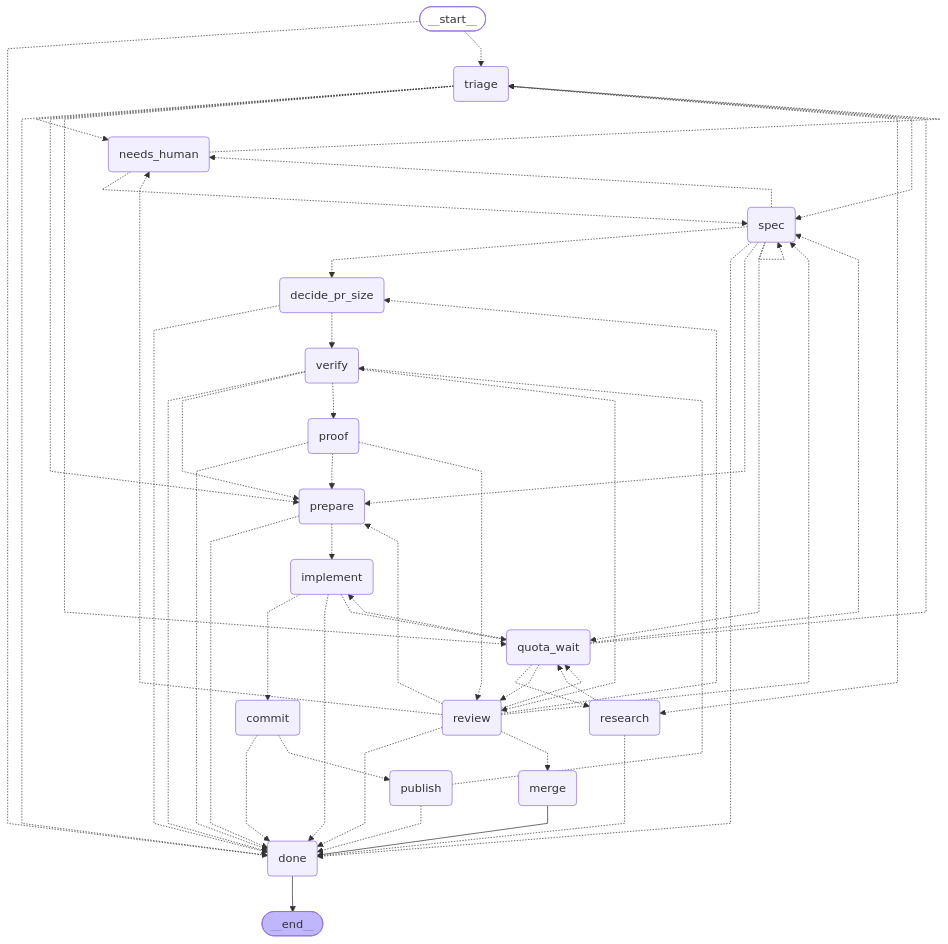
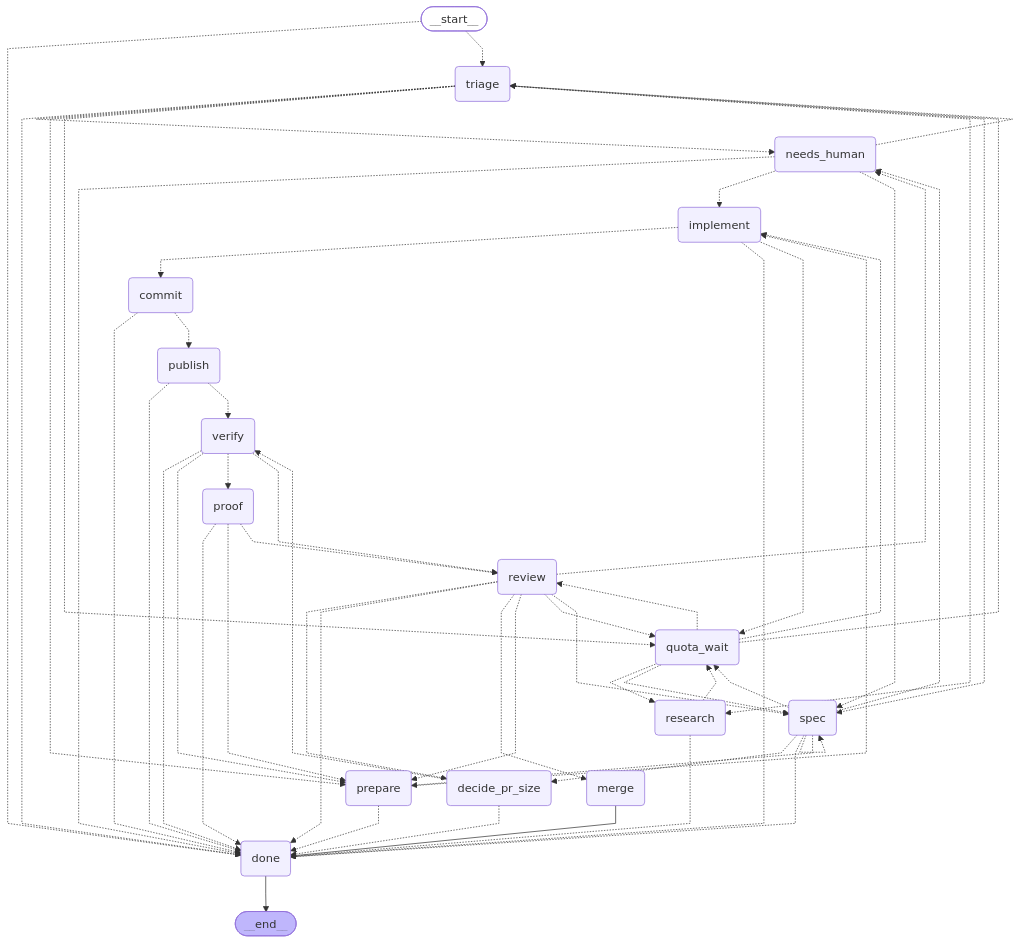
One commit to bookout-labs/tools changed the diagram in README.md. Above: the diagram before and after it, drawn with Mermaid. The commit also changed other lines of this file and 12 other files, not shown here.

````diff
--- a/README.md
+++ b/README.md
@@ -9,79 +9,81 @@
 ```mermaid
 ---
 config:
   flowchart:
     curve: linear
 ---
 graph TD;
 	__start__([<p>__start__</p>]):::first
 	triage(triage)
 	research(research)
 	spec(spec)
 	implement(implement)
 	verify(verify)
 	review(review)
 	prepare(prepare)
 	commit(commit)
 	publish(publish)
 	proof(proof)
 	needs_human(needs_human)
 	quota_wait(quota_wait)
 	decide_pr_size(decide_pr_size)
 	merge(merge)
 	done(done)
 	__end__([<p>__end__</p>]):::last
 	__start__ -.-> done;
 	__start__ -.-> triage;
 	commit -.-> done;
 	commit -.-> publish;
 	decide_pr_size -.-> done;
 	decide_pr_size -.-> verify;
 	implement -.-> commit;
 	implement -.-> done;
 	implement -.-> quota_wait;
 	merge --> done;
+	needs_human -.-> done;
+	needs_human -.-> implement;
 	needs_human -.-> spec;
 	needs_human -.-> triage;
 	prepare -.-> done;
 	prepare -.-> implement;
 	proof -.-> done;
 	proof -.-> prepare;
 	proof -.-> review;
 	publish -.-> done;
 	publish -.-> verify;
 	quota_wait -.-> implement;
 	quota_wait -.-> research;
 	quota_wait -.-> review;
 	quota_wait -.-> spec;
 	quota_wait -.-> triage;
 	research -.-> done;
 	research -.-> quota_wait;
 	review -.-> decide_pr_size;
 	review -.-> done;
 	review -.-> merge;
 	review -.-> needs_human;
 	review -.-> prepare;
 	review -.-> quota_wait;
 	review -.-> spec;
 	spec -.-> decide_pr_size;
 	spec -.-> done;
 	spec -.-> needs_human;
 	spec -.-> prepare;
 	spec -.-> quota_wait;
 	triage -.-> done;
 	triage -.-> needs_human;
 	triage -.-> prepare;
 	triage -.-> quota_wait;
 	triage -.-> research;
 	triage -.-> spec;
 	verify -.-> done;
 	verify -.-> prepare;
 	verify -.-> proof;
 	verify -.-> review;
 	done --> __end__;
 	spec -.-> spec;
 	classDef default fill:#f2f0ff,line-height:1.2
 	classDef first fill-opacity:0
 	classDef last fill:#bfb6fc
 
 ```
````
